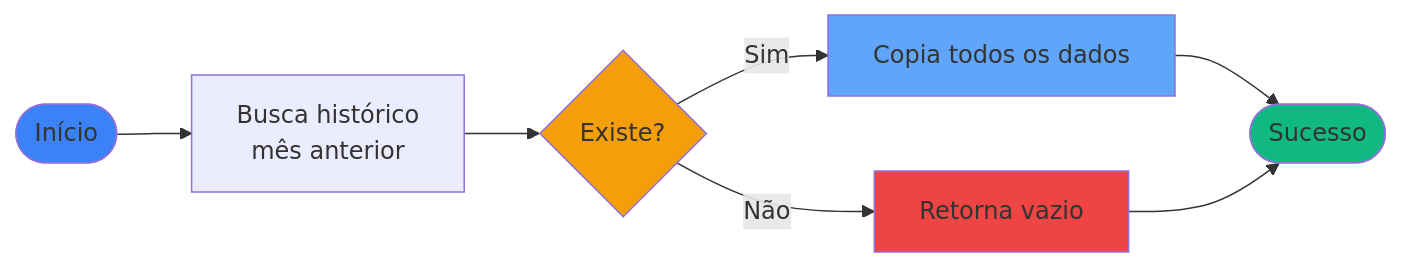
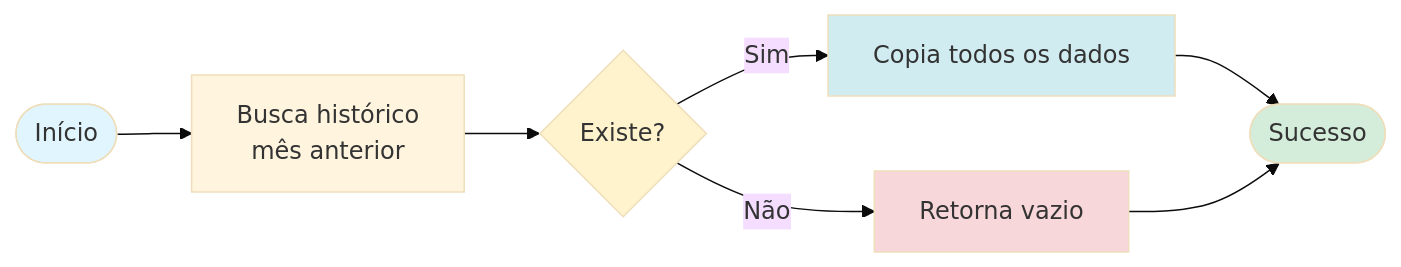
Before and after one commit to enirsilvaferraz/Investments-KMP: the second of 3 diagrams in docs/RN - Criar novo registro de histórico.md, drawn with Mermaid. The commit also changed other lines of this file, not shown here.

First line of the commit message:
docs: Update mermaid diagram styles in documentation

````diff
--- a/docs/RN - Criar novo registro de histórico.md
+++ b/docs/RN - Criar novo registro de histórico.md
@@ -68,15 +69,16 @@
 ```mermaid
+%%{init: {'theme':'base', 'themeVariables': {'primaryBgColor':'#ffffff'}}}%%
 flowchart LR
     Start([Início]) --> Get[Busca histórico<br/>mês anterior]
     Get --> Exists{Existe?}
     Exists -->|Sim| Copy[Copia todos os dados]
     Exists -->|Não| Fail[Retorna vazio]
     Copy --> Success([Sucesso])
     Fail --> Success
     
-    style Start fill:#3b82f6
-    style Success fill:#10b981
-    style Exists fill:#f59e0b
-    style Copy fill:#60a5fa
-    style Fail fill:#ef4444
+    style Start fill:#e1f5ff
+    style Success fill:#d4edda
+    style Exists fill:#fff3cd
+    style Copy fill:#d1ecf1
+    style Fail fill:#f8d7da
 ```
````
